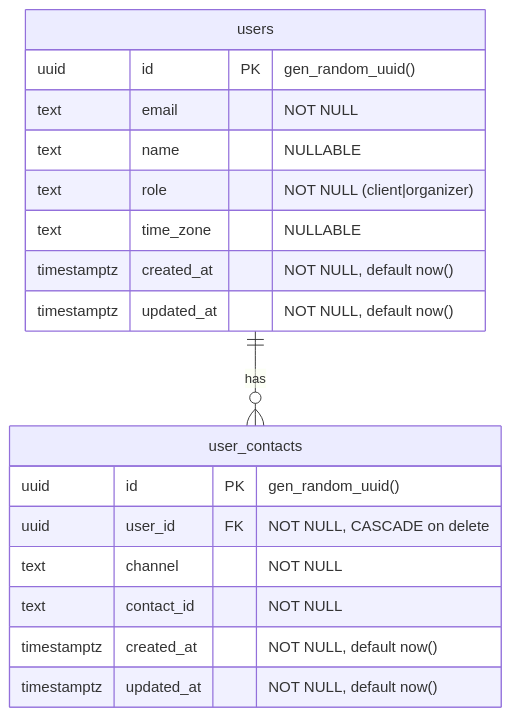
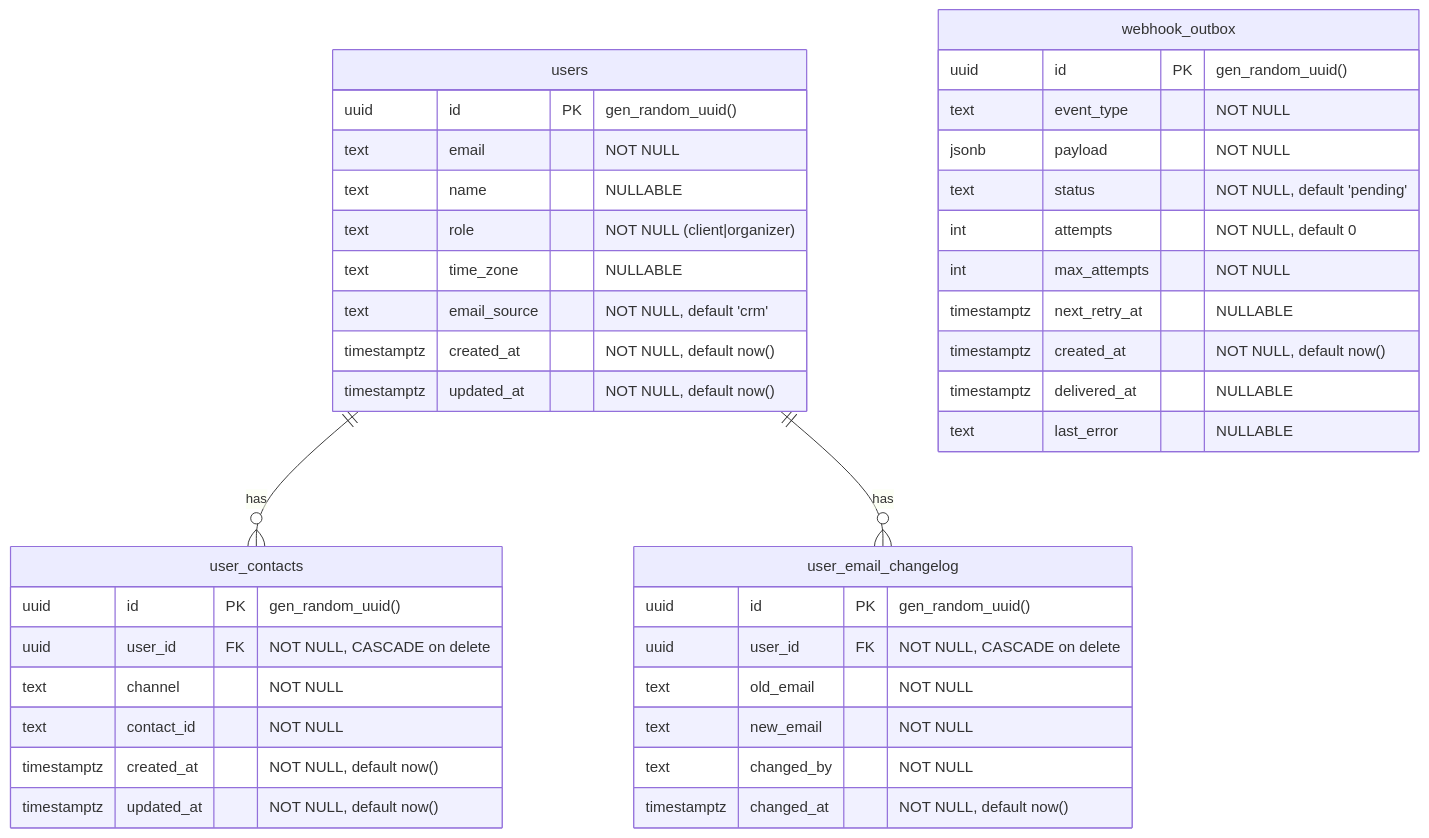
Before and after one commit to Lelikov/event-users: the diagram in docs/DATA_MODEL.md, drawn with Mermaid. The commit also changed other lines of this file and 1 other file, not shown here.

Commit message:
docs: document email_source column, changelog/outbox tables, and email-changelog endpoint

````diff
--- a/docs/DATA_MODEL.md
+++ b/docs/DATA_MODEL.md
@@ -5,23 +5,47 @@
 ```mermaid
 erDiagram
     users {
         uuid id PK "gen_random_uuid()"
         text email "NOT NULL"
         text name "NULLABLE"
         text role "NOT NULL (client|organizer)"
         text time_zone "NULLABLE"
+        text email_source "NOT NULL, default 'crm'"
         timestamptz created_at "NOT NULL, default now()"
         timestamptz updated_at "NOT NULL, default now()"
     }
 
     user_contacts {
         uuid id PK "gen_random_uuid()"
         uuid user_id FK "NOT NULL, CASCADE on delete"
         text channel "NOT NULL"
         text contact_id "NOT NULL"
         timestamptz created_at "NOT NULL, default now()"
         timestamptz updated_at "NOT NULL, default now()"
     }
 
+    user_email_changelog {
+        uuid id PK "gen_random_uuid()"
+        uuid user_id FK "NOT NULL, CASCADE on delete"
+        text old_email "NOT NULL"
+        text new_email "NOT NULL"
+        text changed_by "NOT NULL"
+        timestamptz changed_at "NOT NULL, default now()"
+    }
+
+    webhook_outbox {
+        uuid id PK "gen_random_uuid()"
+        text event_type "NOT NULL"
+        jsonb payload "NOT NULL"
+        text status "NOT NULL, default 'pending'"
+        int attempts "NOT NULL, default 0"
+        int max_attempts "NOT NULL"
+        timestamptz next_retry_at "NULLABLE"
+        timestamptz created_at "NOT NULL, default now()"
+        timestamptz delivered_at "NULLABLE"
+        text last_error "NULLABLE"
+    }
+
     users ||--o{ user_contacts : "has"
+    users ||--o{ user_email_changelog : "has"
 ```
````
